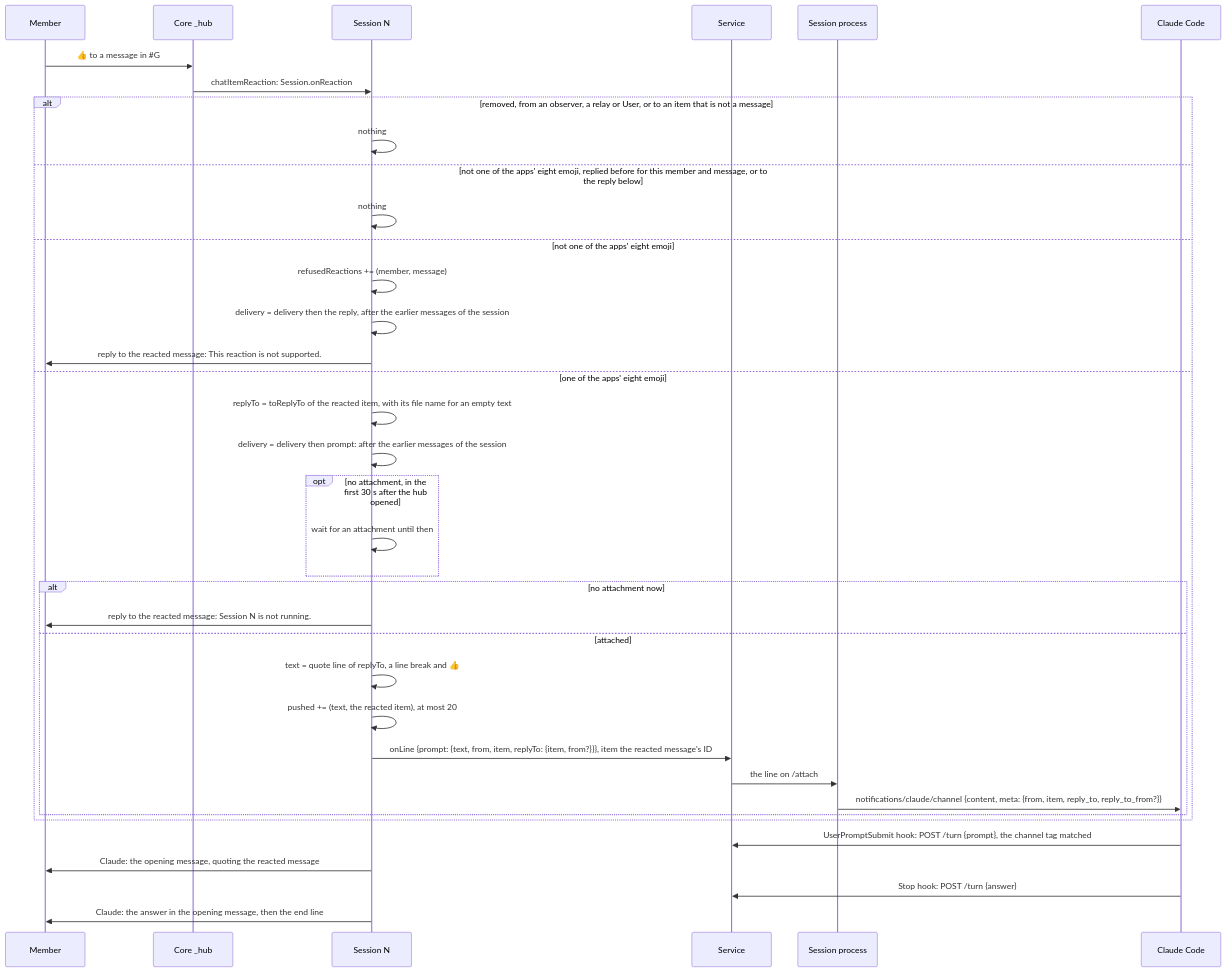
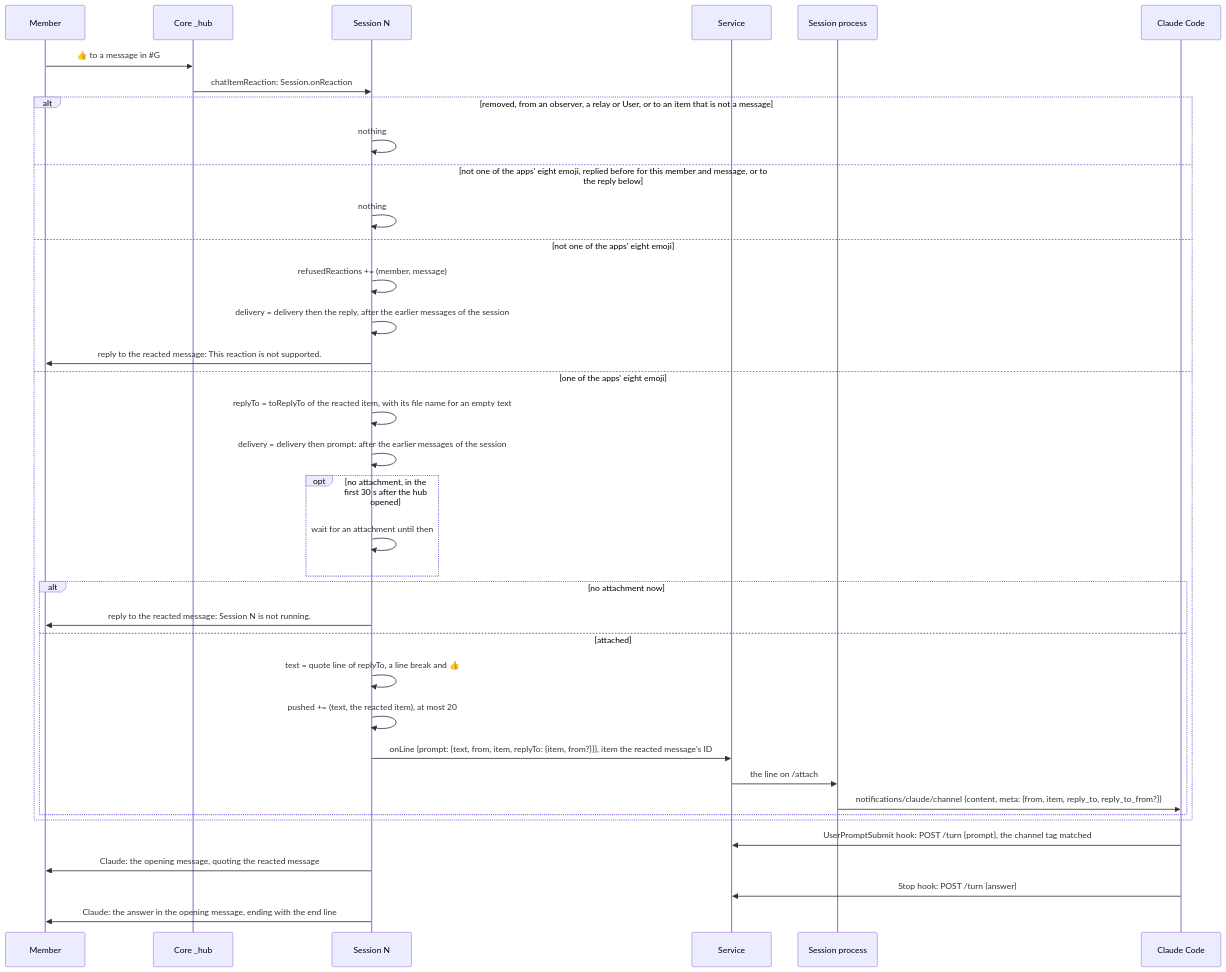
One commit to simplex-chat/simplex-chat changed diagram 33 of 39 in packages/simplex-chat-mcp/spec/flows.md. Above: the diagram before and after it, drawn with Mermaid. The commit also changed other lines of this file and 10 other files, not shown here.

````diff
--- a/packages/simplex-chat-mcp/spec/flows.md
+++ b/packages/simplex-chat-mcp/spec/flows.md
@@ -1531,39 +1529,39 @@
 ```mermaid
 sequenceDiagram
   participant O as Member
   participant C as Core _hub
   participant N as Session N
   participant D as Service
   participant S as Session process
   participant CC as Claude Code
   O->>C: 👍 to a message in #35;G
   C->>N: chatItemReaction: Session.onReaction
   alt removed, from an observer, a relay or User, or to an item that is not a message
     N->>N: nothing
   else not one of the apps' eight emoji, replied before for this member and message, or to the reply below
     N->>N: nothing
   else not one of the apps' eight emoji
     N->>N: refusedReactions += (member, message)
     N->>N: delivery = delivery then the reply, after the earlier messages of the session
     N->>O: reply to the reacted message: This reaction is not supported.
   else one of the apps' eight emoji
     N->>N: replyTo = toReplyTo of the reacted item, with its file name for an empty text
     N->>N: delivery = delivery then prompt: after the earlier messages of the session
     opt no attachment, in the first 30 s after the hub opened
       N->>N: wait for an attachment until then
     end
     alt no attachment now
       N->>O: reply to the reacted message: Session N is not running.
     else attached
       N->>N: text = quote line of replyTo, a line break and 👍
       N->>N: pushed += (text, the reacted item), at most 20
       N->>D: onLine {prompt: {text, from, item, replyTo: {item, from?}}}, item the reacted message's ID
       D->>S: the line on /attach
       S->>CC: notifications/claude/channel {content, meta: {from, item, reply_to, reply_to_from?}}
     end
   end
   CC->>D: UserPromptSubmit hook: POST /turn {prompt}, the channel tag matched
   N->>O: Claude: the opening message, quoting the reacted message
   CC->>D: Stop hook: POST /turn {answer}
-  N->>O: Claude: the answer in the opening message, then the end line
+  N->>O: Claude: the answer in the opening message, ending with the end line
 ```
````
